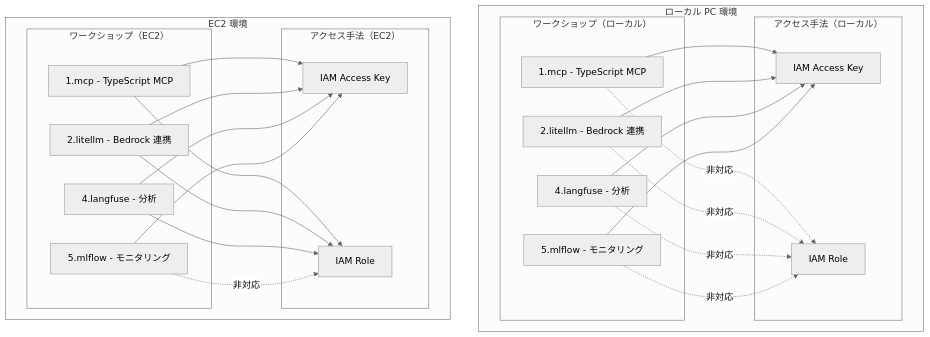
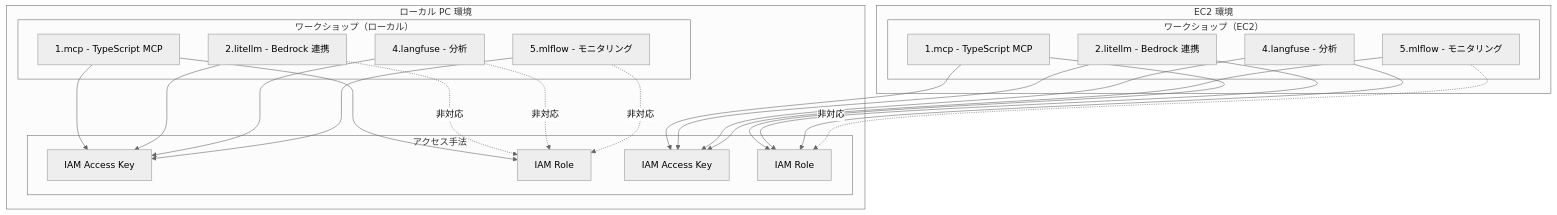
The diagram in workshops/ai-coding-workshop/cline/0.setup/requirements.md (littlemex/aws-samples), drawn with Mermaid (neutral theme) before and after one commit.

Commit message:
0.setup/requirements.md mod privileges

````diff
--- a/workshops/ai-coding-workshop/cline/0.setup/requirements.md
+++ b/workshops/ai-coding-workshop/cline/0.setup/requirements.md
@@ -7,50 +7,50 @@
 ```mermaid
 graph TB
     subgraph "ローカル PC 環境"
         subgraph "ワークショップ（ローカル）"
             WL1[1.mcp - TypeScript MCP]
             WL2[2.litellm - Bedrock 連携]
             WL4[4.langfuse - 分析]
             WL5[5.mlflow - モニタリング]
         end
         
-        subgraph "アクセス手法（ローカル）"
+        subgraph "アクセス手法"
             AL1[IAM Access Key]
             AL2[IAM Role]
         end
         
         WL1 --> AL1
         WL2 --> AL1
         WL4 --> AL1
         WL5 --> AL1
         
-        WL1 -.->|非対応| AL2
+        WL1 --> AL2
         WL2 -.->|非対応| AL2
         WL4 -.->|非対応| AL2
         WL5 -.->|非対応| AL2
     end
     
     subgraph "EC2 環境"
         subgraph "ワークショップ（EC2）"
             WE1[1.mcp - TypeScript MCP]
             WE2[2.litellm - Bedrock 連携]
             WE4[4.langfuse - 分析]
             WE5[5.mlflow - モニタリング]
         end
         
-        subgraph "アクセス手法（EC2）"
+        subgraph "アクセス手法"
             AE1[IAM Access Key]
             AE2[IAM Role]
         end
         
         WE1 --> AE1
         WE2 --> AE1
         WE4 --> AE1
         WE5 --> AE1
         
         WE1 --> AE2
         WE2 --> AE2
         WE4 --> AE2
         WE5 -.->|非対応| AE2
     end
 ```
````
